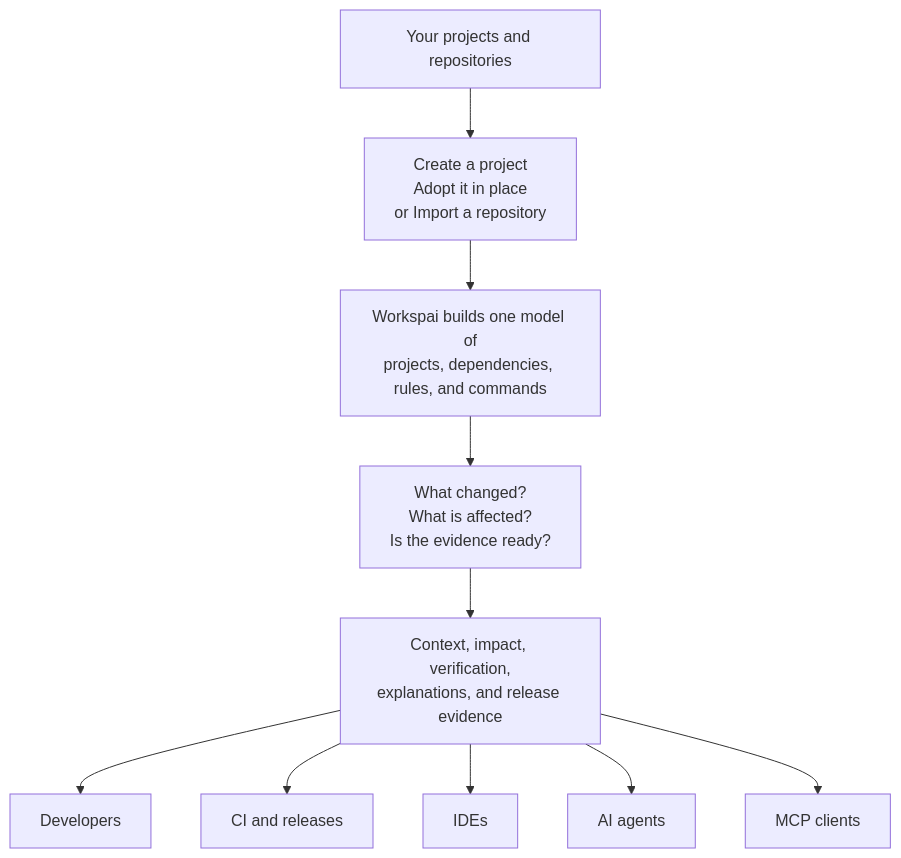
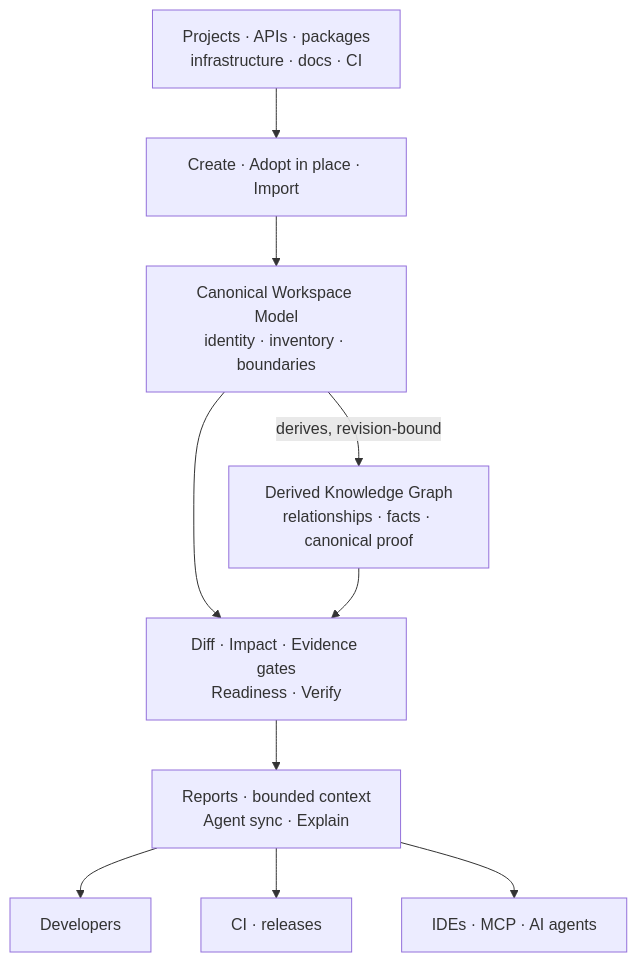
One commit to chistiq/workspai changed the diagram in packages/cli/docs/from-code-to-shared-understanding.md. Above: the diagram before and after it, drawn with Mermaid. The commit also changed other lines of this file and 65 other files, not shown here.

````diff
--- a/packages/cli/docs/from-code-to-shared-understanding.md
+++ b/packages/cli/docs/from-code-to-shared-understanding.md
@@ -6,23 +6,25 @@
 ```mermaid
 flowchart TB
-    Code["Your projects and repositories"]
+    Sources["Projects · APIs · packages<br/>infrastructure · docs · CI"]
 
-    Routes["Create a project<br/>Adopt it in place<br/>or Import a repository"]
+    Connect["Create · Adopt in place · Import"]
 
-    Workspace["Workspai builds one model of<br/>projects, dependencies, rules, and commands"]
+    Model["Canonical Workspace Model<br/>identity · inventory · boundaries"]
 
-    Change["What changed?<br/>What is affected?<br/>Is the evidence ready?"]
+    Graph["Derived Knowledge Graph<br/>relationships · facts · canonical proof"]
 
-    Outputs["Context, impact, verification,<br/>explanations, and release evidence"]
+    Decide["Diff · Impact · Evidence gates<br/>Readiness · Verify"]
 
-    Code --> Routes
-    Routes --> Workspace
-    Workspace --> Change
-    Change --> Outputs
+    Ground["Reports · bounded context<br/>Agent sync · Explain"]
 
-    Outputs --> Developers["Developers"]
-    Outputs --> CI["CI and releases"]
-    Outputs --> IDEs["IDEs"]
-    Outputs --> Agents["AI agents"]
-    Outputs --> MCP["MCP clients"]
+    Sources --> Connect
+    Connect --> Model
+    Model -->|derives, revision-bound| Graph
+    Model --> Decide
+    Graph --> Decide
+    Decide --> Ground
+
+    Ground --> Humans["Developers"]
+    Ground --> Automation["CI · releases"]
+    Ground --> Tools["IDEs · MCP · AI agents"]
 ```
````
